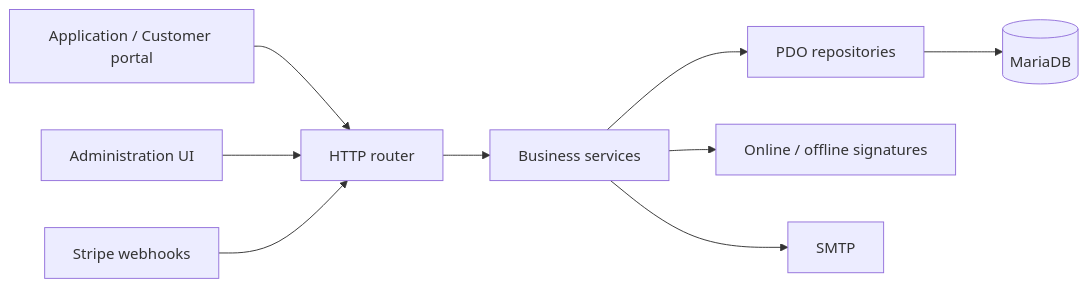
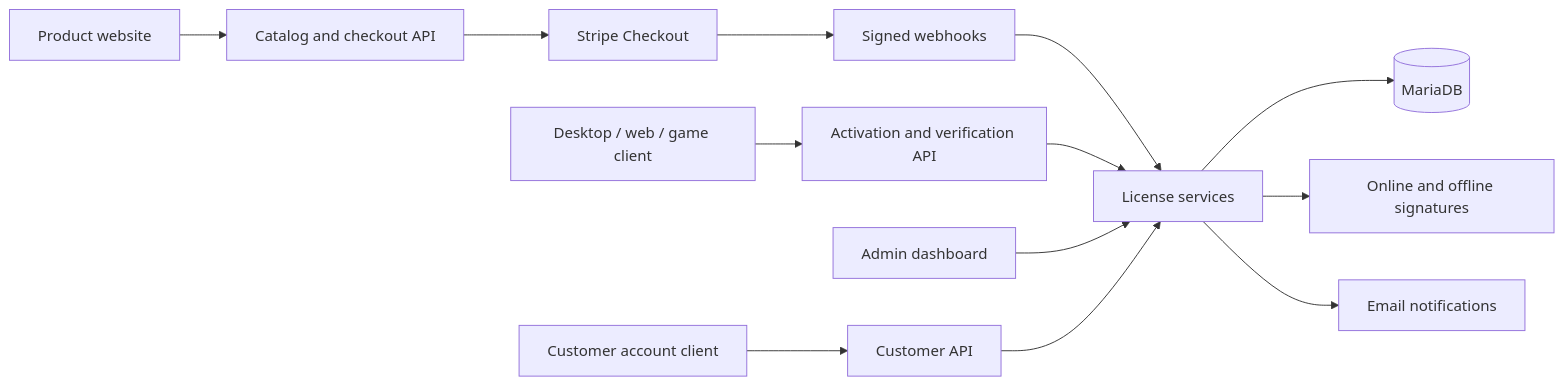
Before and after one commit to bradacz/l-cmd-licence: the diagram in README.md, drawn with Mermaid. The commit also changed other lines of this file and 10 other files, not shown here.

````diff
--- a/README.md
+++ b/README.md
@@ -36,11 +254,15 @@
 ```mermaid
 flowchart LR
-    Client[Application / Customer portal] --> Router[HTTP router]
-    Admin[Administration UI] --> Router
-    Router --> Services[Business services]
-    Services --> Repositories[PDO repositories]
-    Repositories --> DB[(MariaDB)]
-    Services --> Tokens[Online / offline signatures]
-    Stripe[Stripe webhooks] --> Router
-    Services --> SMTP[SMTP]
+    Website[Product website] --> Catalog[Catalog and checkout API]
+    Catalog --> Stripe[Stripe Checkout]
+    Stripe --> Webhooks[Signed webhooks]
+    Webhooks --> Services[License services]
+    Client[Desktop / web / game client] --> API[Activation and verification API]
+    API --> Services
+    Admin[Admin dashboard] --> Services
+    Portal[Customer account client] --> CustomerAPI[Customer API]
+    CustomerAPI --> Services
+    Services --> DB[(MariaDB)]
+    Services --> Tokens[Online and offline signatures]
+    Services --> SMTP[Email notifications]
 ```
````
